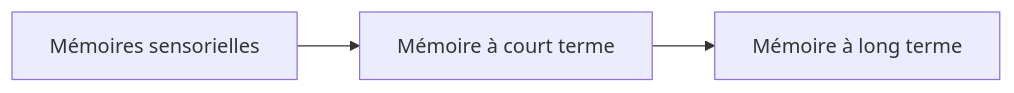
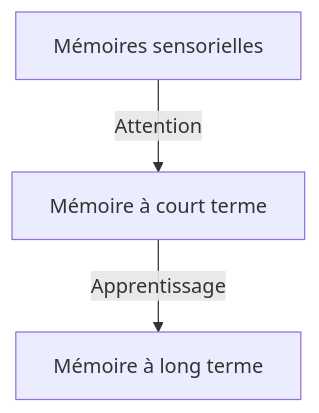
Before and after one commit to RedsTom/CoursDL1: the diagram in Méthodologie/01 - Mémoire et apprentissage/01_01 - Mémoire et apprentissage.md, drawn with Mermaid. The commit also changed other lines of this file and 2 other files, not shown here.

````diff
--- a/Méthodologie/01 - Mémoire et apprentissage/01_01 - Mémoire et apprentissage.md
+++ b/Méthodologie/01 - Mémoire et apprentissage/01_01 - Mémoire et apprentissage.md
@@ -44,7 +44,7 @@
 ```mermaid
-flowchart LR
+flowchart TD
 	senso["Mémoires sensorielles"]
 	ct["Mémoire à court terme"]
 	lt["Mémoire à long terme"]
-	senso --> ct --> lt
+	senso --Attention--> ct --Apprentissage--> lt
 ```
````
